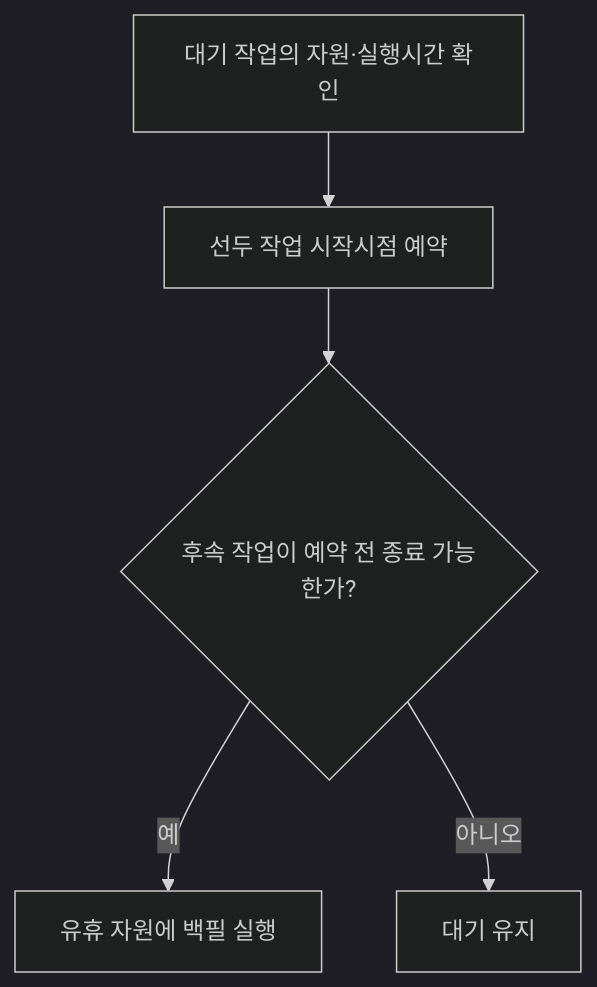
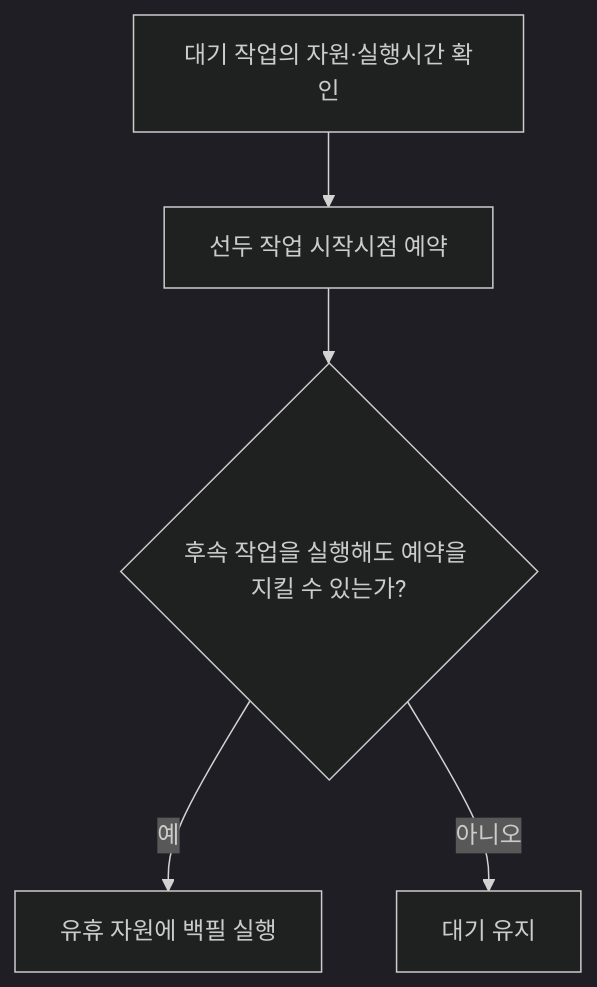
One commit to agnusdei1207/study changed the first of 4 diagrams in src/content/docs/notes/itpe/04-computer-system/099_backfill.md. Above: the diagram before and after it, drawn with Mermaid (dark theme). The commit also changed other lines of this file and 472 other files, not shown here.

````diff
--- a/src/content/docs/notes/itpe/04-computer-system/099_backfill.md
+++ b/src/content/docs/notes/itpe/04-computer-system/099_backfill.md
@@ -48,7 +48,7 @@
 ```mermaid
 flowchart TD
  A[대기 작업의 자원·실행시간 확인] --> B[선두 작업 시작시점 예약]
- B --> C{후속 작업이 예약 전 종료 가능한가?}
+ B --> C{후속 작업을 실행해도 예약을 지킬 수 있는가?}
  C -->|예| D[유휴 자원에 백필 실행]
  C -->|아니오| E[대기 유지]
 ```
````
